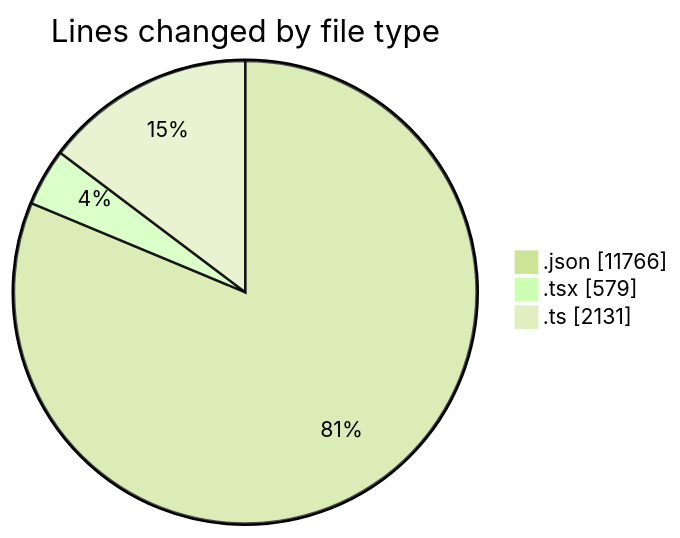
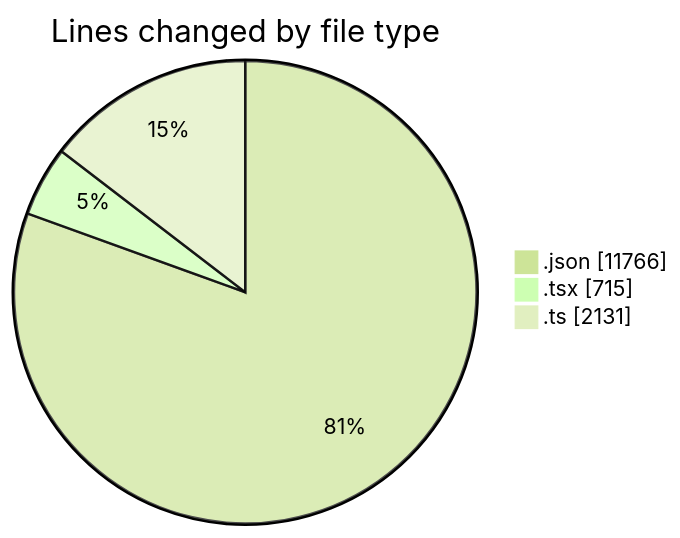
One commit to nxtqubesakshisongat/code-tracking changed the first of 2 diagrams in 2026-04-16/airfeed-analytics-dashboard/README.md. Above: the diagram before and after it, drawn with Mermaid (forest theme). The commit also changed other lines of this file and 1 other file, not shown here.

````diff
--- a/2026-04-16/airfeed-analytics-dashboard/README.md
+++ b/2026-04-16/airfeed-analytics-dashboard/README.md
@@ -31,7 +31,7 @@
 ```mermaid
 pie showData
 title Lines changed by file type
 ".json" : 11766
-".tsx" : 579
+".tsx" : 715
 ".ts" : 2131
 ```
````
